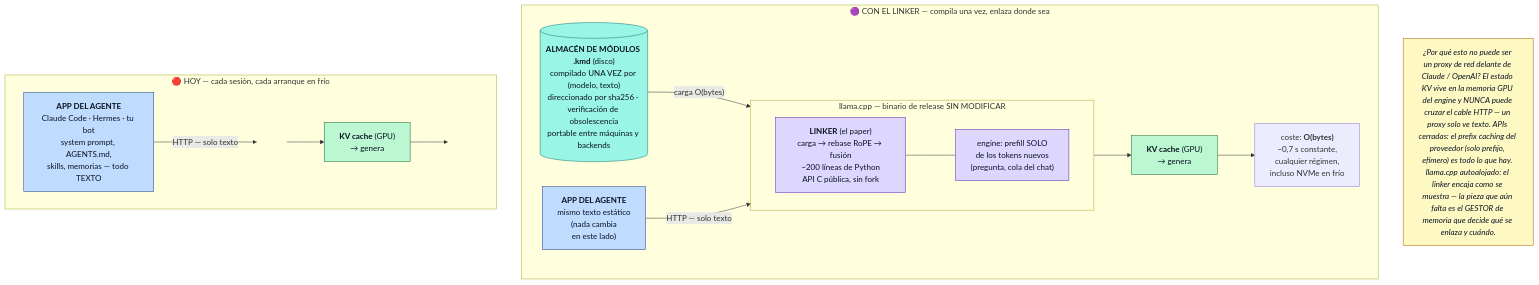
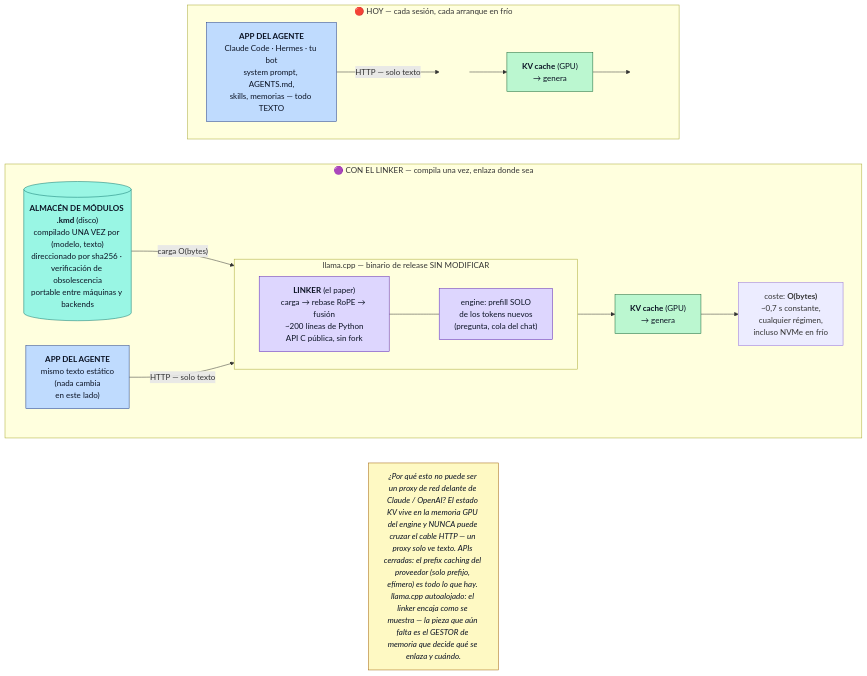
The diagram in README.es.md (k0n1m4k1/kv-memory-modules), drawn with Mermaid before and after one commit. The commit also changed 1 other file, not shown here.

Commit message:
Stack the linker diagram rows vertically (flowchart TB)
Top-level orientation TB so TODAY / WITH THE LINKER / note render one
below the other like the JPG; each row keeps direction LR internally.

````diff
--- a/README.es.md
+++ b/README.es.md
@@ -9,44 +9,44 @@
 ```mermaid
-flowchart LR
+flowchart TB
   subgraph TODAY["🔴 HOY — cada sesión, cada arranque en frío"]
     direction LR
     A1["<b>APP DEL AGENTE</b><br/>Claude Code · Hermes · tu bot<br/>system prompt, AGENTS.md,<br/>skills, memorias — todo TEXTO"]
     P1["<b>llama.cpp / vLLM / API alojada</b><br/>PREFILL: cada token releído<br/>por todas las capas del modelo"]
     K1["<b>KV cache</b> (GPU)<br/>→ genera"]
     C1["coste: <b>O(cómputo)</b><br/>memoria de 15,2k tokens:<br/>5,5 s GPU · 13,7 s offload<br/>parcial · 18,9 s CPU"]
     A1 -->|"HTTP — solo texto"| P1 --> K1 --> C1
   end
 
   subgraph LINK["🟣 CON EL LINKER — compila una vez, enlaza donde sea"]
     direction LR
     A2["<b>APP DEL AGENTE</b><br/>mismo texto estático<br/>(nada cambia<br/>en este lado)"]
     subgraph ENGINE["llama.cpp — binario de release SIN MODIFICAR"]
       direction LR
       L2["<b>LINKER</b> (el paper)<br/>carga → rebase RoPE → fusión<br/>~200 líneas de Python<br/>API C pública, sin fork"]
       E2["engine: prefill SOLO<br/>de los tokens nuevos<br/>(pregunta, cola del chat)"]
       L2 --- E2
     end
     K2["<b>KV cache</b> (GPU)<br/>→ genera"]
     C2["coste: <b>O(bytes)</b><br/>~0,7 s constante,<br/>cualquier régimen,<br/>incluso NVMe en frío"]
     S2[("<b>ALMACÉN DE MÓDULOS .kmd</b> (disco)<br/>compilado UNA VEZ por (modelo, texto)<br/>direccionado por sha256 · verificación de obsolescencia<br/>portable entre máquinas y backends")]
     A2 -->|"HTTP — solo texto"| ENGINE --> K2 --> C2
     S2 -->|"carga O(bytes)"| L2
   end
 
   NOTE["<i>¿Por qué esto no puede ser un proxy de red delante de Claude / OpenAI? El estado KV vive en la memoria GPU del engine y NUNCA puede cruzar el cable HTTP — un proxy solo ve texto. APIs cerradas: el prefix caching del proveedor (solo prefijo, efímero) es todo lo que hay. llama.cpp autoalojado: el linker encaja como se muestra — la pieza que aún falta es el GESTOR de memoria que decide qué se enlaza y cuándo.</i>"]
 
   TODAY ~~~ LINK ~~~ NOTE
 
   classDef app fill:#bfdbfe,stroke:#1e3a8a,color:#0b1324;
   classDef today fill:#fecaca,stroke:#991b1b,color:#0b1324;
   classDef kv fill:#bbf7d0,stroke:#166534,color:#0b1324;
   classDef linker fill:#ddd6fe,stroke:#5b21b6,color:#0b1324;
   classDef store fill:#99f6e4,stroke:#0f766e,color:#0b1324;
   classDef note fill:#fef9c3,stroke:#a16207,color:#0b1324;
   class A1,A2 app;
   class P1,C1 today;
   class K1,K2 kv;
   class L2,E2 linker;
   class S2 store;
   class NOTE note;
 ```
````
